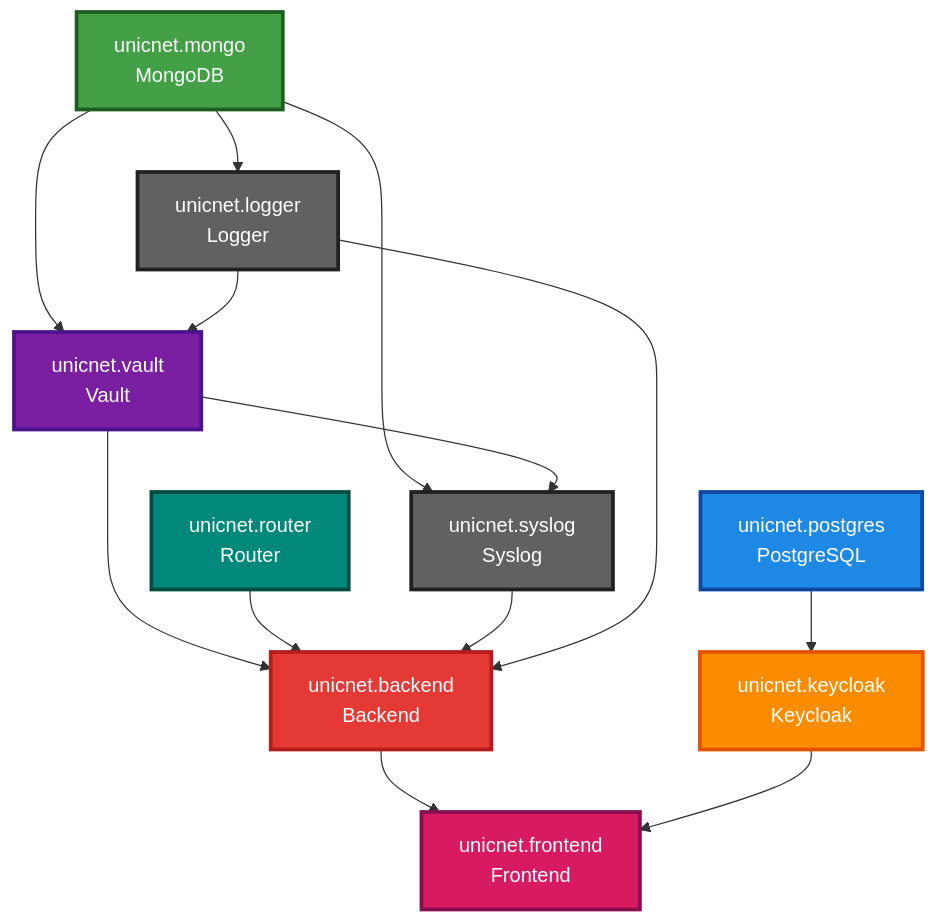
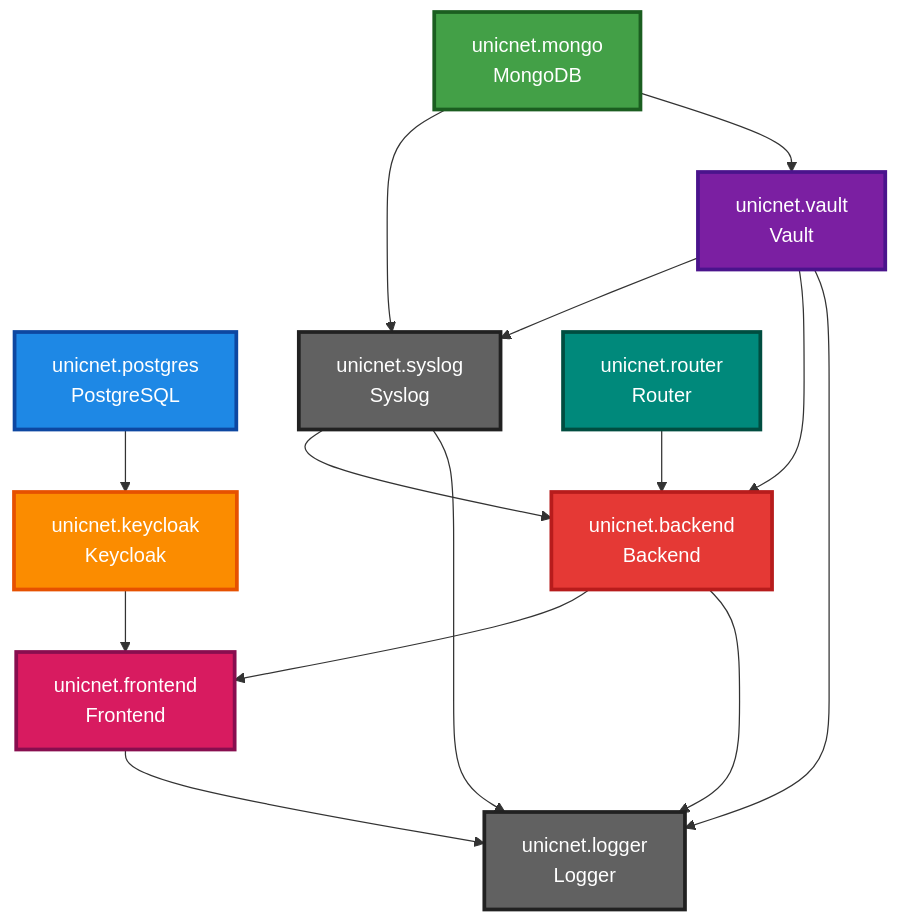
Before and after one commit to rightsoftware-ru/unicnet.enterprise: the diagram in install_all_in_one_instructions.md, drawn with Mermaid. The commit also changed other lines of this file and 4 other files, not shown here.

````diff
--- a/install_all_in_one_instructions.md
+++ b/install_all_in_one_instructions.md
@@ -77,38 +77,39 @@
 ```mermaid
 graph TD
     PG[unicnet.postgres<br/>PostgreSQL]
     MG[unicnet.mongo<br/>MongoDB]
     
     KC[unicnet.keycloak<br/>Keycloak]
     LG[unicnet.logger<br/>Logger]
     SL[unicnet.syslog<br/>Syslog]
     
     VT[unicnet.vault<br/>Vault]
     RT[unicnet.router<br/>Router]
     
     BE[unicnet.backend<br/>Backend]
     FE[unicnet.frontend<br/>Frontend]
     
     PG --> KC
-    MG --> LG
     MG --> SL
     MG --> VT
-    LG --> VT
     VT --> SL
     VT --> BE
     RT --> BE
     SL --> BE
-    LG --> BE
     BE --> FE
     KC --> FE
+    VT --> LG
+    SL --> LG
+    BE --> LG
+    FE --> LG
     
     style PG fill:#1e88e5,stroke:#0d47a1,stroke-width:3px,color:#ffffff
     style MG fill:#43a047,stroke:#1b5e20,stroke-width:3px,color:#ffffff
     style KC fill:#fb8c00,stroke:#e65100,stroke-width:3px,color:#ffffff
     style LG fill:#616161,stroke:#212121,stroke-width:3px,color:#ffffff
     style SL fill:#616161,stroke:#212121,stroke-width:3px,color:#ffffff
     style VT fill:#7b1fa2,stroke:#4a148c,stroke-width:3px,color:#ffffff
     style RT fill:#00897b,stroke:#004d40,stroke-width:3px,color:#ffffff
     style BE fill:#e53935,stroke:#b71c1c,stroke-width:3px,color:#ffffff
     style FE fill:#d81b60,stroke:#880e4f,stroke-width:3px,color:#ffffff
 ```
````
